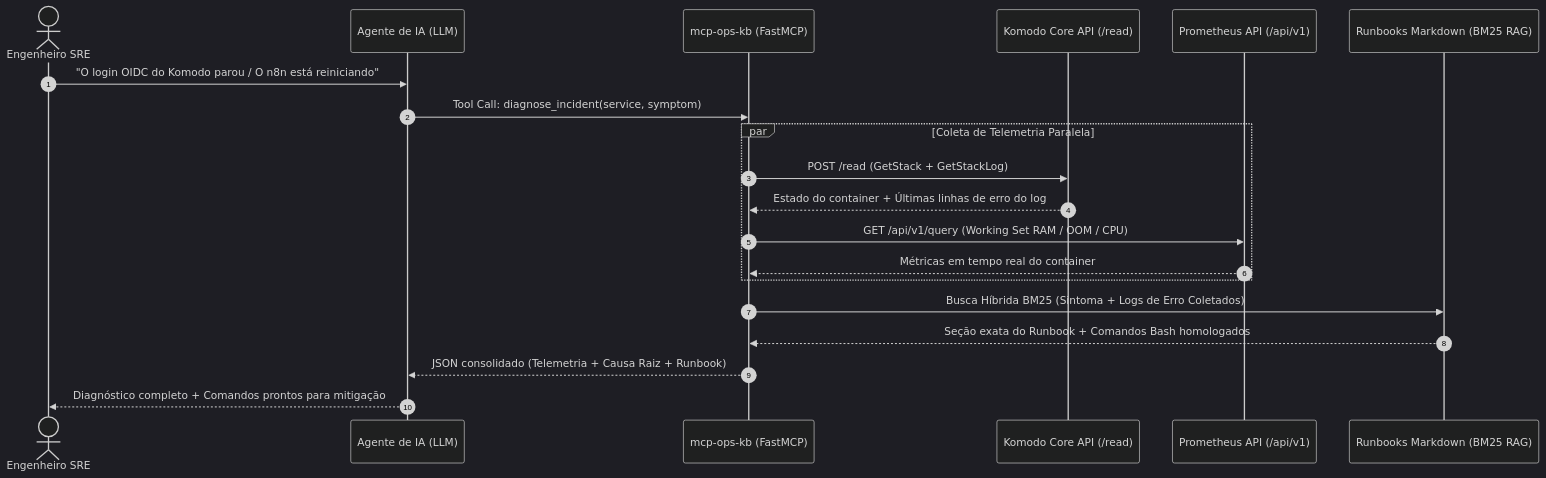
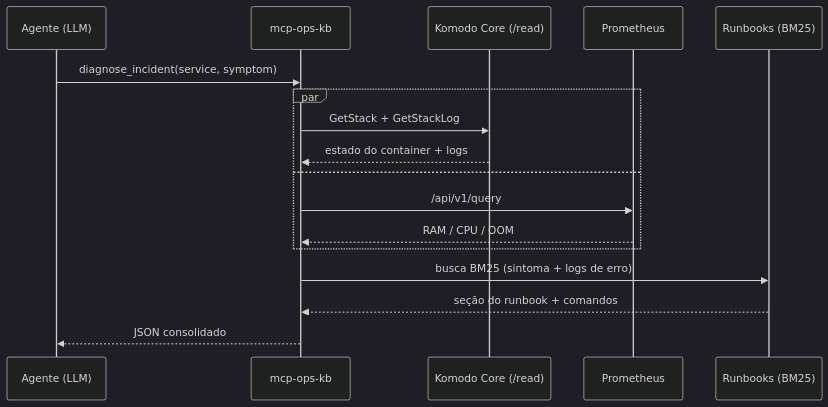
Before and after one commit to Brunovski3/mcp-ops-kb: the diagram in README.md, drawn with Mermaid (dark theme). The commit also changed other lines of this file, not shown here.

````diff
--- a/README.md
+++ b/README.md
@@ -36,23 +17,20 @@
 ```mermaid
 sequenceDiagram
-    autonumber
-    actor SRE as Engenheiro SRE
-    participant Agent as Agente de IA (LLM)
-    participant MCP as mcp-ops-kb (FastMCP)
-    participant Komodo as Komodo Core API (/read)
-    participant Prom as Prometheus API (/api/v1)
-    participant KB as Runbooks Markdown (BM25 RAG)
+    participant Agent as Agente (LLM)
+    participant MCP as mcp-ops-kb
+    participant Komodo as Komodo Core (/read)
+    participant Prom as Prometheus
+    participant KB as Runbooks (BM25)
 
-    SRE->>Agent: "O login OIDC do Komodo parou / O n8n está reiniciando"
-    Agent->>MCP: Tool Call: diagnose_incident(service, symptom)
-    par Coleta de Telemetria Paralela
-        MCP->>Komodo: POST /read (GetStack + GetStackLog)
-        Komodo-->>MCP: Estado do container + Últimas linhas de erro do log
-        MCP->>Prom: GET /api/v1/query (Working Set RAM / OOM / CPU)
-        Prom-->>MCP: Métricas em tempo real do container
+    Agent->>MCP: diagnose_incident(service, symptom)
+    par
+        MCP->>Komodo: GetStack + GetStackLog
+        Komodo-->>MCP: estado do container + logs
+    and
+        MCP->>Prom: /api/v1/query
+        Prom-->>MCP: RAM / CPU / OOM
     end
-    MCP->>KB: Busca Híbrida BM25 (Sintoma + Logs de Erro Coletados)
-    KB-->>MCP: Seção exata do Runbook + Comandos Bash homologados
-    MCP-->>Agent: JSON consolidado (Telemetria + Causa Raiz + Runbook)
-    Agent-->>SRE: Diagnóstico completo + Comandos prontos para mitigação
+    MCP->>KB: busca BM25 (sintoma + logs de erro)
+    KB-->>MCP: seção do runbook + comandos
+    MCP-->>Agent: JSON consolidado
 ```
````
